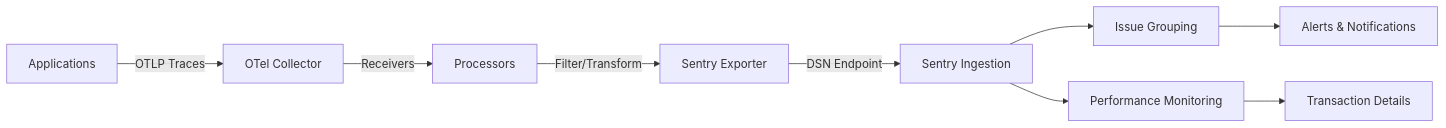
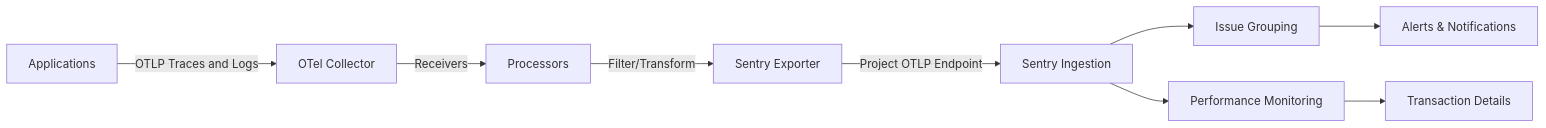
The diagram in posts/2026-02-06-sentry-exporter-opentelemetry-collector/README.md (OneUptime/blog), drawn with Mermaid before and after one commit. The commit also changed other lines of this file and 2 other files, not shown here.

Commit message:
validate: 2026-02-06-sentry-exporter-opentelemetry-collector

````diff
--- a/posts/2026-02-06-sentry-exporter-opentelemetry-collector/README.md
+++ b/posts/2026-02-06-sentry-exporter-opentelemetry-collector/README.md
@@ -21,11 +21,11 @@
 ```mermaid
 graph LR
-    A[Applications] -->|OTLP Traces| B[OTel Collector]
+    A[Applications] -->|OTLP Traces and Logs| B[OTel Collector]
     B -->|Receivers| C[Processors]
     C -->|Filter/Transform| D[Sentry Exporter]
-    D -->|DSN Endpoint| E[Sentry Ingestion]
+    D -->|Project OTLP Endpoint| E[Sentry Ingestion]
     E --> F[Issue Grouping]
     F --> G[Alerts & Notifications]
     E --> H[Performance Monitoring]
     H --> I[Transaction Details]
 ```
````
